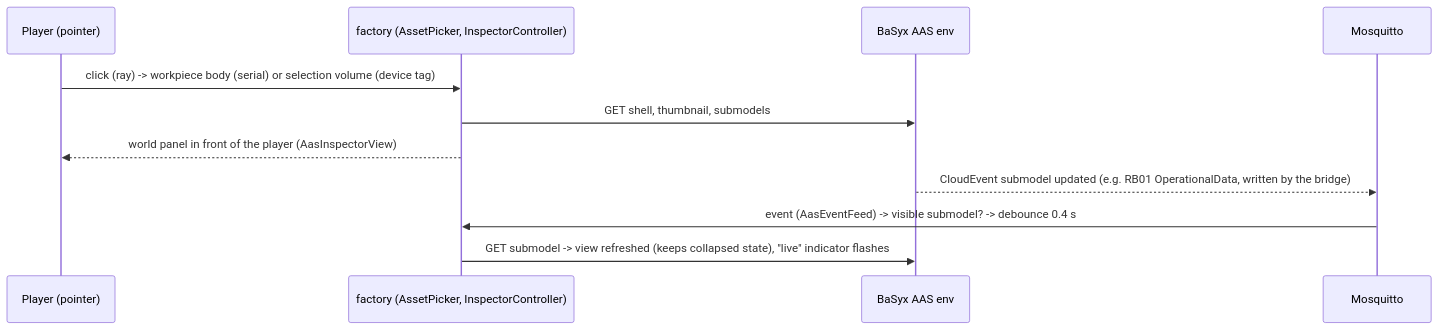
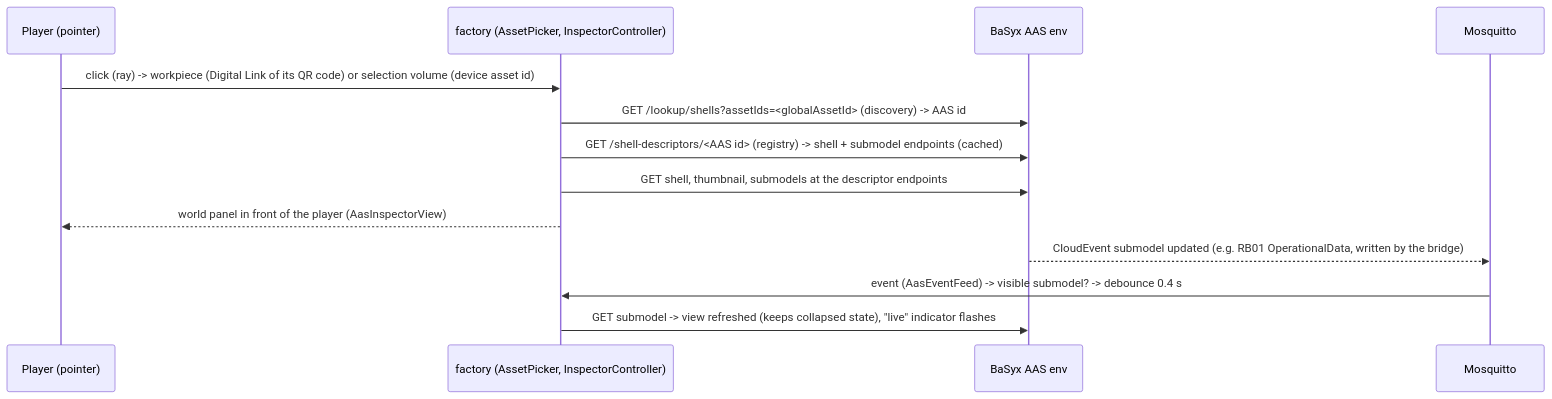
One commit to aaronzi/Virtual-Factory changed the ninth of 11 diagrams in docs/architecture/runtime-ot-it.md. Above: the diagram before and after it, drawn with Mermaid. The commit also changed other lines of this file and 296 other files, not shown here.

````diff
--- a/docs/architecture/runtime-ot-it.md
+++ b/docs/architecture/runtime-ot-it.md
@@ -137,13 +301,15 @@
 ```mermaid
 sequenceDiagram
   participant U as Player (pointer)
   participant F as factory (AssetPicker, InspectorController)
   participant A as BaSyx AAS env
   participant M as Mosquitto
-  U->>F: click (ray) -> workpiece body (serial) or selection volume (device tag)
-  F->>A: GET shell, thumbnail, submodels
+  U->>F: click (ray) -> workpiece (Digital Link of its QR code) or selection volume (device asset id)
+  F->>A: GET /lookup/shells?assetIds=<globalAssetId> (discovery) -> AAS id
+  F->>A: GET /shell-descriptors/<AAS id> (registry) -> shell + submodel endpoints (cached)
+  F->>A: GET shell, thumbnail, submodels at the descriptor endpoints
   F-->>U: world panel in front of the player (AasInspectorView)
   A-->>M: CloudEvent submodel updated (e.g. RB01 OperationalData, written by the bridge)
   M->>F: event (AasEventFeed) -> visible submodel? -> debounce 0.4 s
   F->>A: GET submodel -> view refreshed (keeps collapsed state), "live" indicator flashes
 ```
````
